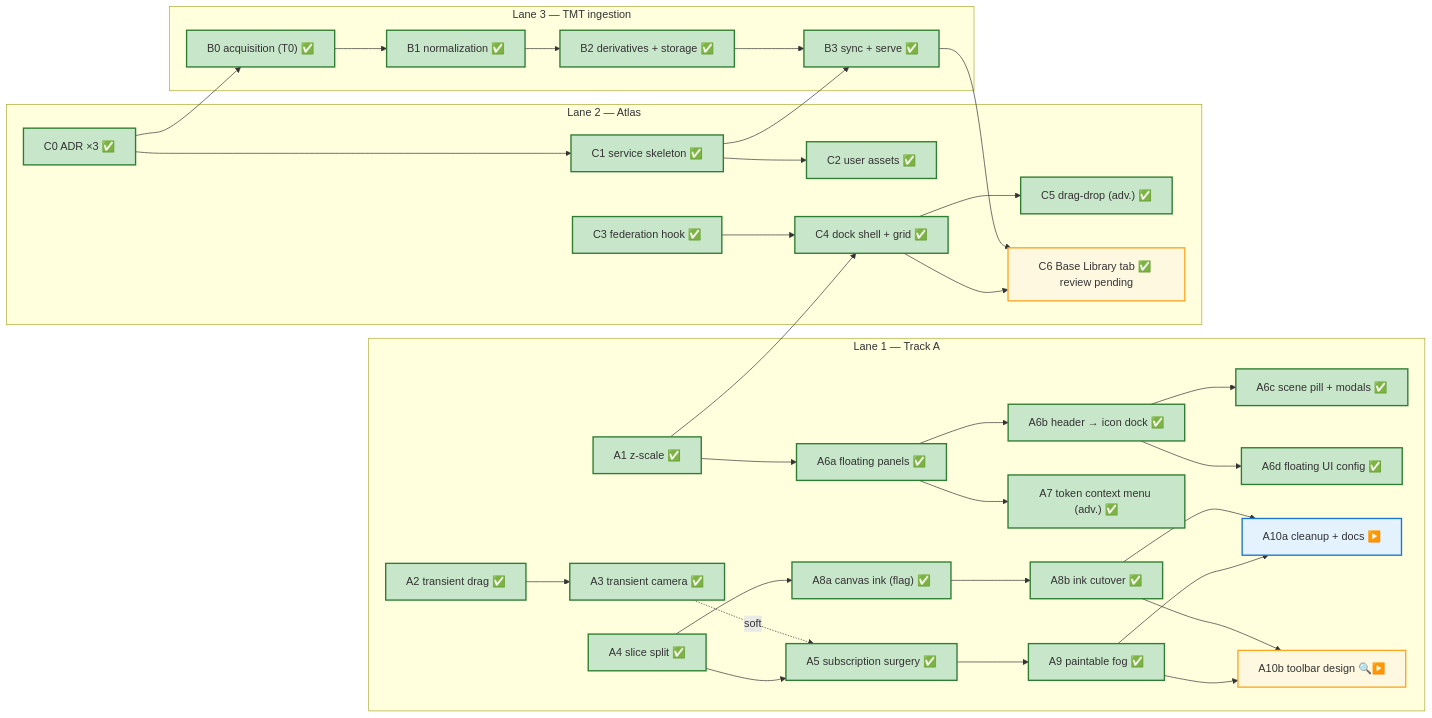
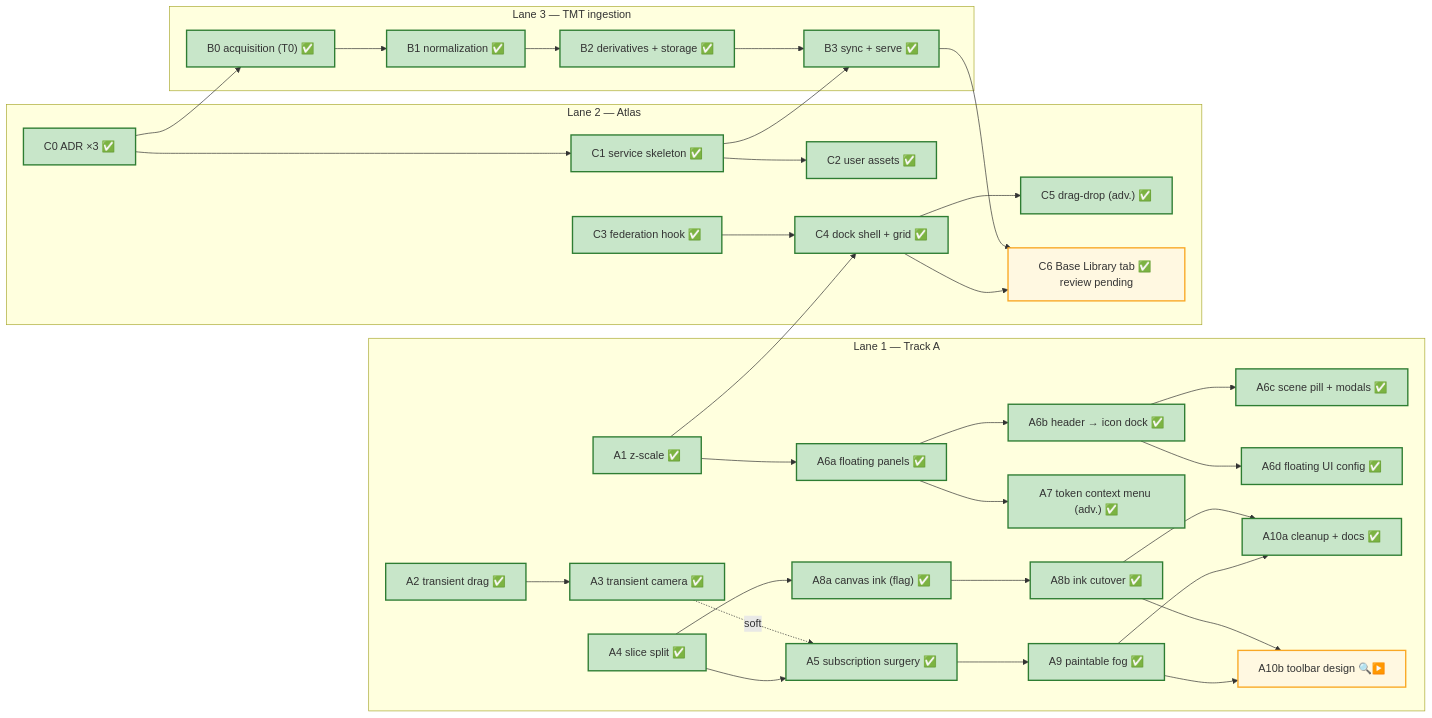
Before and after one commit to joelmale/nexusVTT: the diagram in docs/roadmap/ROADMAP.md, drawn with Mermaid. The commit also changed other lines of this file and 1 other file, not shown here.

Commit message:
chore(roadmap): close A10a cleanup

````diff
--- a/docs/roadmap/ROADMAP.md
+++ b/docs/roadmap/ROADMAP.md
@@ -46,62 +46,62 @@
 ```mermaid
 flowchart LR
   classDef gate stroke:#e11,stroke-width:3px
   classDef adr fill:#f4e8ff,stroke:#95f
   classDef done fill:#c8e6c9,stroke:#2e7d32,stroke-width:2px
   classDef pending fill:#fff8e1,stroke:#f9a825,stroke-width:2px
   classDef ready fill:#e3f2fd,stroke:#1976d2,stroke-width:2px
 
   subgraph LaneA["Lane 1 — Track A"]
     A1["A1 z-scale ✅"]:::done
     A2["A2 transient drag ✅"]:::done
     A3["A3 transient camera ✅"]:::done
     A4["A4 slice split ✅"]:::done
     A5["A5 subscription surgery ✅"]:::done
     A6a["A6a floating panels ✅"]:::done
     A6b["A6b header → icon dock ✅"]:::done
     A6c["A6c scene pill + modals ✅"]:::done
     A6d["A6d floating UI config ✅"]:::done
     A7["A7 token context menu (adv.) ✅"]:::done
     A8a["A8a canvas ink (flag) ✅"]:::done
     A8b["A8b ink cutover ✅"]:::done
     A9["A9 paintable fog ✅"]:::done
-    A10a["A10a cleanup + docs ▶️"]:::ready
+    A10a["A10a cleanup + docs ✅"]:::done
     A10b["A10b toolbar design 🔍▶️"]:::pending
   end
 
   subgraph LaneC["Lane 2 — Atlas"]
     C0["C0 ADR ×3 ✅"]:::done
     C1["C1 service skeleton ✅"]:::done
     C2["C2 user assets ✅"]:::done
     C3["C3 federation hook ✅"]:::done
     C4["C4 dock shell + grid ✅"]:::done
     C5["C5 drag-drop (adv.) ✅"]:::done
     C6["C6 Base Library tab ✅ review pending"]:::pending
   end
 
   subgraph LaneB["Lane 3 — TMT ingestion"]
     B0["B0 acquisition (T0) ✅"]:::done
     B1["B1 normalization ✅"]:::done
     B2["B2 derivatives + storage ✅"]:::done
     B3["B3 sync + serve ✅"]:::done
   end
 
   A2 --> A3
   A3 -.soft.-> A5
   A4 --> A5
   A1 --> A6a --> A6b --> A6c
   A6b --> A6d
   A6a --> A7
   A4 --> A8a --> A8b
   A5 --> A9
   A8b & A9 --> A10a
   A8b & A9 --> A10b
 
   C0 --> C1 --> C2
   C0 --> B0 --> B1 --> B2 --> B3
   C1 --> B3
   C3 --> C4 --> C5
   A1 --> C4
   B3 --> C6
   C4 --> C6
 ```
````
